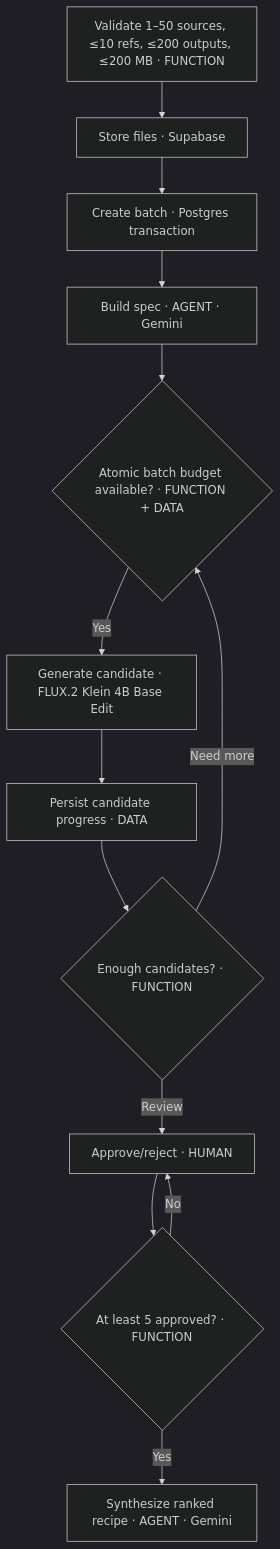
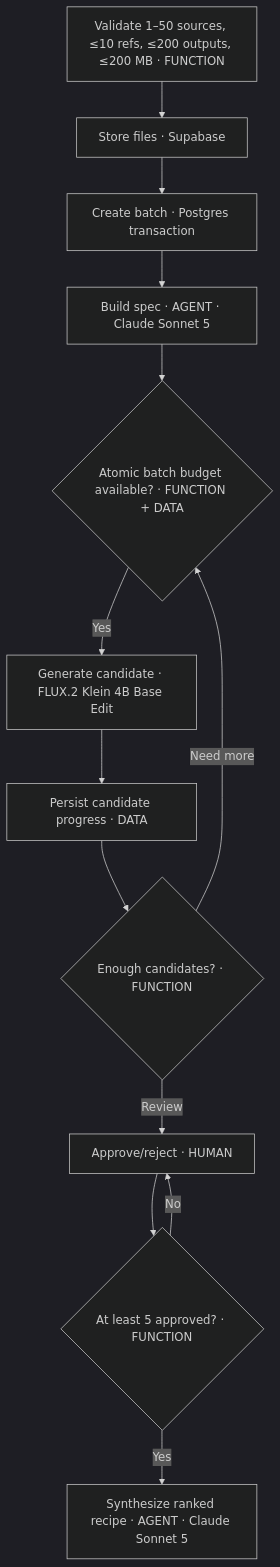
Before and after one commit to APareek89/creative-qc-agent: the second of 3 diagrams in docs/ARCHITECTURE_FLOW.md, drawn with Mermaid (dark theme). The commit also changed other lines of this file and 31 other files, not shown here.

Commit message:
feat: replace Gemini with Claude and fal VLM QC

````diff
--- a/docs/ARCHITECTURE_FLOW.md
+++ b/docs/ARCHITECTURE_FLOW.md
@@ -23,15 +23,15 @@
 ```mermaid
 flowchart TD
   A["Validate 1–50 sources, ≤10 refs, ≤200 outputs, ≤200 MB · FUNCTION"] --> B["Store files · Supabase"]
   B --> C["Create batch · Postgres transaction"]
-  C --> D["Build spec · AGENT · Gemini"]
+  C --> D["Build spec · AGENT · Claude Sonnet 5"]
   D --> E{"Atomic batch budget available? · FUNCTION + DATA"}
   E -->|"Yes"| F["Generate candidate · FLUX.2 Klein 4B Base Edit"]
   F --> G["Persist candidate progress · DATA"]
   G --> H{"Enough candidates? · FUNCTION"}
   H -->|"Need more"| E
   H -->|"Review"| I["Approve/reject · HUMAN"]
   I --> J{"At least 5 approved? · FUNCTION"}
   J -->|"No"| I
-  J -->|"Yes"| K["Synthesize ranked recipe · AGENT · Gemini"]
+  J -->|"Yes"| K["Synthesize ranked recipe · AGENT · Claude Sonnet 5"]
 ```
````
